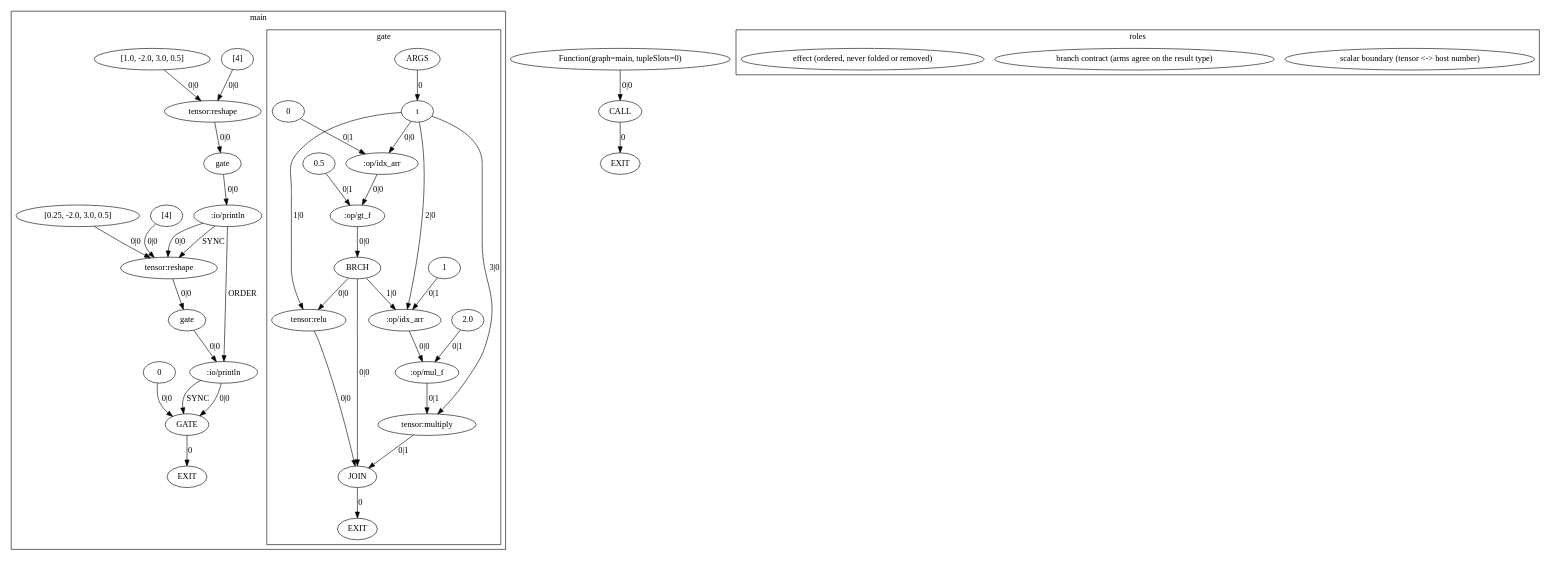
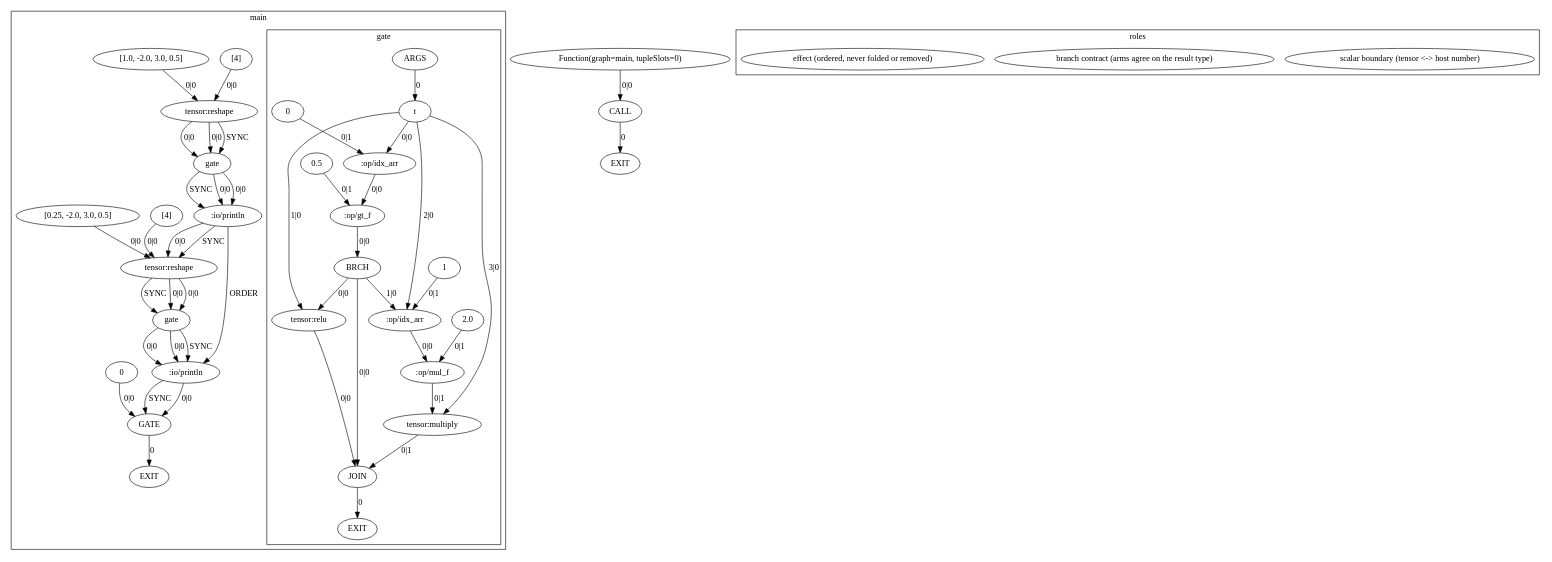
One commit to OpenCML/Camel changed the diagram in exemplars/01_scalar_boundary/expected/dump.agir.dot. Above: the diagram before and after it, drawn with Graphviz. The commit also changed 69 other files, not shown here.

```diff
--- a/exemplars/01_scalar_boundary/expected/dump.agir.dot
+++ b/exemplars/01_scalar_boundary/expected/dump.agir.dot
@@ -1,81 +1,89 @@
 digraph GraphIR {
     subgraph cluster_F01 {
         label="main";
         subgraph cluster_F02 {
             label="gate";
             F02 [label="ARGS", type="ARGS"];
             O02 [label="EXIT", type="EXIT"];
             N00 [label="t", type="PORT", param_name="t", param_kind="normal", param_index="0", value_type="f32[4]", origin=<ORIGIN>, span="12:10-12:19", srcfile="exemplars/01_scalar_boundary/program.cml"];
             N01 [label="0", type="DATA", origin=<ORIGIN>, span="13:16-13:17", srcfile="exemplars/01_scalar_boundary/program.cml", value_type="int"];
             N02 [label=":op/idx_arr", type="OPER", role="scalar-boundary", origin=<ORIGIN>, span="13:15-13:16", srcfile="exemplars/01_scalar_boundary/program.cml", value_type="f32"];
             N03 [label="0.5", type="DATA", origin=<ORIGIN>, span="13:21-13:24", srcfile="exemplars/01_scalar_boundary/program.cml", value_type="f32"];
             N04 [label=":op/gt_f", type="OPER", origin=<ORIGIN>, span="13:19-13:20", srcfile="exemplars/01_scalar_boundary/program.cml", value_type="bool"];
             N05 [label="JOIN", type="JOIN", role="branch-contract", origin=<ORIGIN>, span="13:11-13:59", srcfile="exemplars/01_scalar_boundary/program.cml", value_type="f32[4]"];
             N06 [label="BRCH", type="BRCH", origin=<ORIGIN>, span="13:11-13:59", srcfile="exemplars/01_scalar_boundary/program.cml", value_type="int"];
             N07 [label="tensor:relu", type="OPER", origin=<ORIGIN>, span="13:30-13:34", srcfile="exemplars/01_scalar_boundary/program.cml", value_type="f32[4]"];
             N08 [label="1", type="DATA", origin=<ORIGIN>, span="13:50-13:51", srcfile="exemplars/01_scalar_boundary/program.cml", value_type="int"];
             N09 [label=":op/idx_arr", type="OPER", role="scalar-boundary", origin=<ORIGIN>, span="13:49-13:50", srcfile="exemplars/01_scalar_boundary/program.cml", value_type="f32"];
             N0A [label="2.0", type="DATA", origin=<ORIGIN>, span="13:55-13:58", srcfile="exemplars/01_scalar_boundary/program.cml", value_type="f32"];
             N0B [label=":op/mul_f", type="OPER", origin=<ORIGIN>, span="13:53-13:54", srcfile="exemplars/01_scalar_boundary/program.cml", value_type="f32"];
             N0C [label="tensor:multiply", type="OPER", role="scalar-boundary", origin=<ORIGIN>, span="13:45-13:46", srcfile="exemplars/01_scalar_boundary/program.cml", value_type="f32[4]"];
             F02 -> N00 [label="0", type="NORM_PORT"];
             N05 -> O02 [label="0", type="EXIT"];
             N00 -> N02 [label="0|0", type="NORM"];
             N01 -> N02 [label="0|1", type="NORM"];
             N02 -> N04 [label="0|0", type="NORM"];
             N03 -> N04 [label="0|1", type="NORM"];
             N07 -> N05 [label="0|0", type="WITH"];
             N0C -> N05 [label="0|1", type="WITH"];
             N06 -> N05 [label="0|0", type="NORM"];
             N04 -> N06 [label="0|0", type="NORM"];
             N00 -> N07 [label="1|0", type="NORM"];
             N06 -> N07 [label="0|0", type="CTRL"];
             N00 -> N09 [label="2|0", type="NORM"];
             N08 -> N09 [label="0|1", type="NORM"];
             N06 -> N09 [label="1|0", type="CTRL"];
             N09 -> N0B [label="0|0", type="NORM"];
             N0A -> N0B [label="0|1", type="NORM"];
             N00 -> N0C [label="3|0", type="NORM"];
             N0B -> N0C [label="0|1", type="NORM"];
         }
         O01 [label="EXIT", type="EXIT"];
         N0D [label="[4]", type="DATA", origin=<ORIGIN>, span="17:25-17:28", srcfile="exemplars/01_scalar_boundary/program.cml", value_type="int[]"];
         N0E [label="[1.0, -2.0, 3.0, 0.5]", type="DATA", origin=<ORIGIN>, span="17:30-17:60", srcfile="exemplars/01_scalar_boundary/program.cml", value_type="f32[]"];
         N0F [label="tensor:reshape", type="OPER", origin=<ORIGIN>, span="17:24-17:29", srcfile="exemplars/01_scalar_boundary/program.cml", value_type="f32[4]"];
         N10 [label="gate", type="FUNC", origin=<ORIGIN>, span="17:12-17:62", srcfile="exemplars/01_scalar_boundary/program.cml", value_type="f32[4]"];
         N11 [label=":io/println", type="OPER", role="effect", origin=<ORIGIN>, span="17:4-17:11", srcfile="exemplars/01_scalar_boundary/program.cml", value_type="f32[4]"];
         N12 [label="[4]", type="DATA", origin=<ORIGIN>, span="18:25-18:28", srcfile="exemplars/01_scalar_boundary/program.cml", value_type="int[]"];
         N13 [label="[0.25, -2.0, 3.0, 0.5]", type="DATA", origin=<ORIGIN>, span="18:30-18:61", srcfile="exemplars/01_scalar_boundary/program.cml", value_type="f32[]"];
         N14 [label="tensor:reshape", type="OPER", origin=<ORIGIN>, span="18:24-18:29", srcfile="exemplars/01_scalar_boundary/program.cml", value_type="f32[4]"];
         N15 [label="gate", type="FUNC", origin=<ORIGIN>, span="18:12-18:63", srcfile="exemplars/01_scalar_boundary/program.cml", value_type="f32[4]"];
         N16 [label=":io/println", type="OPER", role="effect", origin=<ORIGIN>, span="18:4-18:11", srcfile="exemplars/01_scalar_boundary/program.cml", value_type="f32[4]"];
         N17 [label="0", type="DATA", origin=<ORIGIN>, span="19:11-19:12", srcfile="exemplars/01_scalar_boundary/program.cml", value_type="int"];
         N18 [label="GATE", type="GATE", value_type="int"];
         N18 -> O01 [label="0", type="EXIT"];
         N0D -> N0F [label="0|0", type="WITH"];
         N0E -> N0F [label="0|0", type="NORM"];
         N0F -> N10 [label="0|0", type="NORM"];
+        N0F -> N10 [label="0|0", type="CTRL"];
+        N0F -> N10 [label="SYNC", type="SYNC"];
         N10 -> N11 [label="0|0", type="NORM"];
+        N10 -> N11 [label="0|0", type="CTRL"];
+        N10 -> N11 [label="SYNC", type="SYNC"];
         N12 -> N14 [label="0|0", type="WITH"];
         N13 -> N14 [label="0|0", type="NORM"];
         N11 -> N14 [label="0|0", type="CTRL"];
         N11 -> N14 [label="SYNC", type="SYNC"];
         N14 -> N15 [label="0|0", type="NORM"];
+        N14 -> N15 [label="0|0", type="CTRL"];
+        N14 -> N15 [label="SYNC", type="SYNC"];
         N15 -> N16 [label="0|0", type="NORM"];
+        N15 -> N16 [label="0|0", type="CTRL"];
         N11 -> N16 [label="ORDER", type="ORDER"];
+        N15 -> N16 [label="SYNC", type="SYNC"];
         N17 -> N18 [label="0|0", type="NORM"];
         N16 -> N18 [label="0|0", type="CTRL"];
         N16 -> N18 [label="SYNC", type="SYNC"];
     }
     O00 [label="EXIT", type="EXIT"];
     N19 [label="Function(graph=main, tupleSlots=0)", type="DATA", origin=<ORIGIN>, span="16:0-20:1", srcfile="exemplars/01_scalar_boundary/program.cml", value_type="() => int uses stdout"];
     N1A [label="CALL", type="CALL", value_type="int"];
     N1A -> O00 [label="0", type="EXIT"];
     N19 -> N1A [label="0|0", type="WITH"];
     subgraph cluster_legend {
         label="roles";
         "legend_scalar-boundary" [label="scalar boundary (tensor <-> host number)", type="LEGEND", role="scalar-boundary"];
         "legend_branch-contract" [label="branch contract (arms agree on the result type)", type="LEGEND", role="branch-contract"];
         "legend_effect" [label="effect (ordered, never folded or removed)", type="LEGEND", role="effect"];
     }
 }
```
